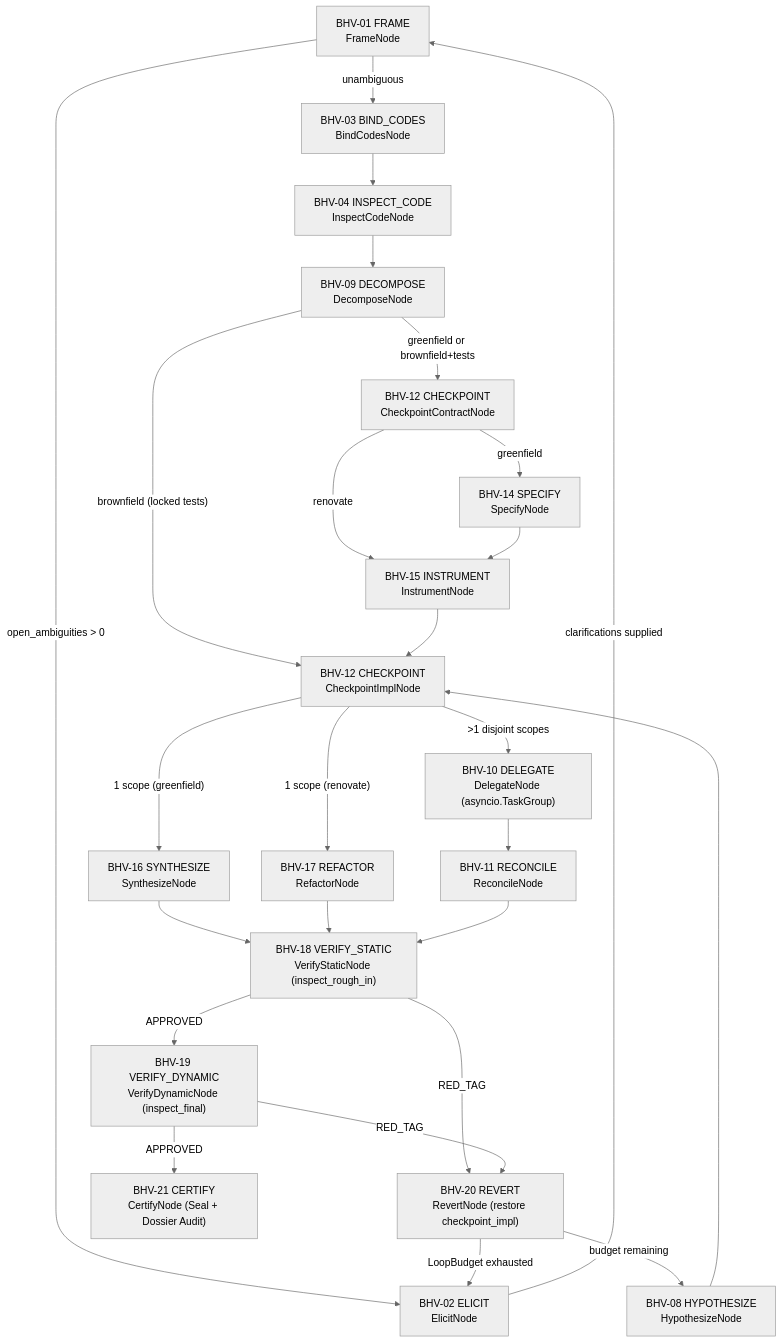
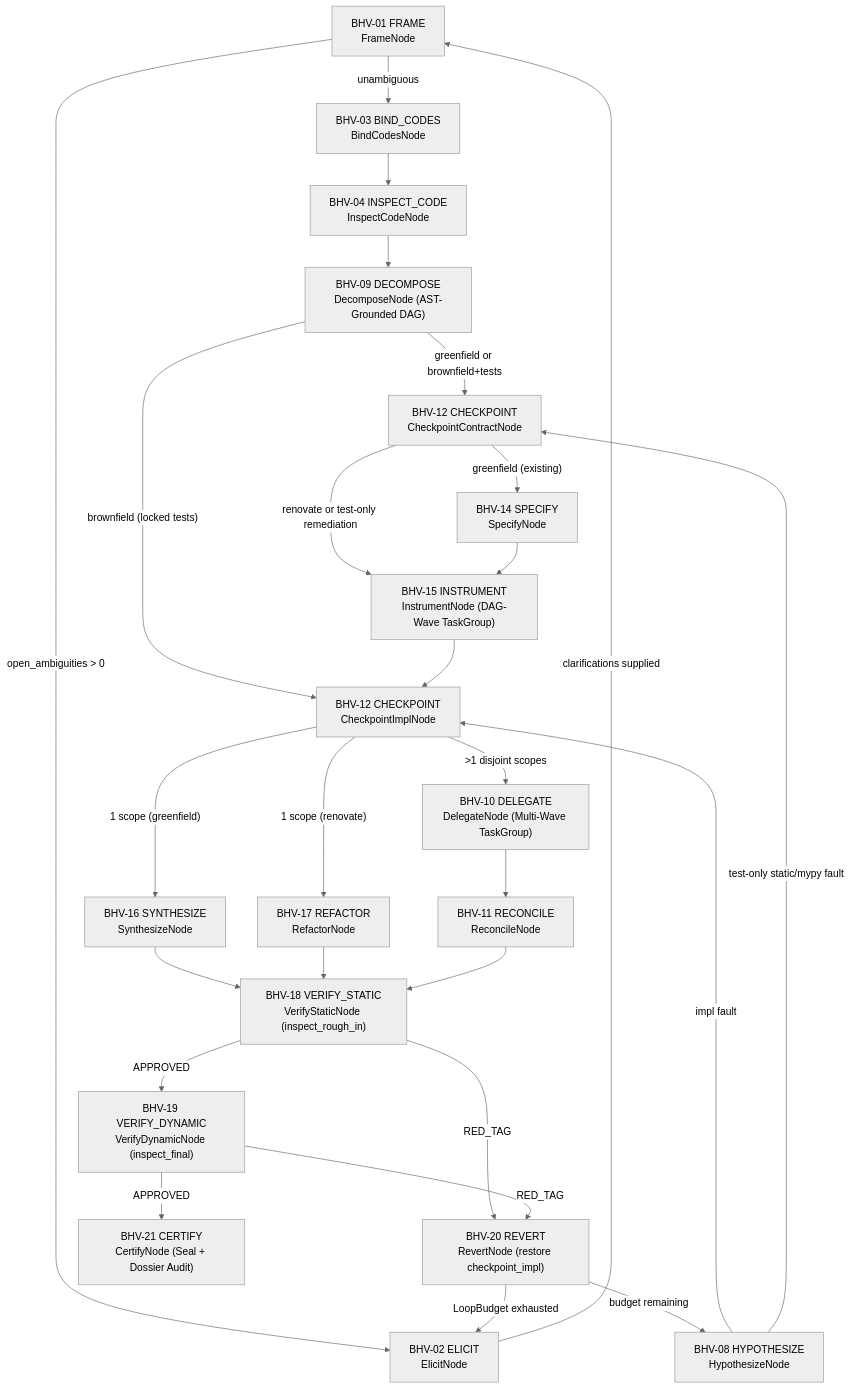
Before and after one commit to futileandstupid/jezz: the second of 2 diagrams in docs/pillar-4-pydantic-ai-runtime.md, drawn with Mermaid (neutral theme). The commit also changed other lines of this file and 25 other files, not shown here.

````diff
--- a/docs/pillar-4-pydantic-ai-runtime.md
+++ b/docs/pillar-4-pydantic-ai-runtime.md
@@ -64,28 +67,29 @@
 ```mermaid
 flowchart TD
     Frame["BHV-01 FRAME\nFrameNode"] -->|"open_ambiguities > 0"| Elicit["BHV-02 ELICIT\nElicitNode"]
     Elicit -->|"clarifications supplied"| Frame
     Frame -->|"unambiguous"| Bind["BHV-03 BIND_CODES\nBindCodesNode"]
     Bind --> Inspect["BHV-04 INSPECT_CODE\nInspectCodeNode"]
-    Inspect --> Decompose["BHV-09 DECOMPOSE\nDecomposeNode"]
+    Inspect --> Decompose["BHV-09 DECOMPOSE\nDecomposeNode (AST-Grounded DAG)"]
     Decompose -->|"greenfield or brownfield+tests"| CkptC["BHV-12 CHECKPOINT\nCheckpointContractNode"]
     Decompose -->|"brownfield (locked tests)"| CkptI["BHV-12 CHECKPOINT\nCheckpointImplNode"]
-    CkptC -->|"greenfield"| Specify["BHV-14 SPECIFY\nSpecifyNode"]
-    CkptC -->|"renovate"| Instrument["BHV-15 INSTRUMENT\nInstrumentNode"]
+    CkptC -->|"greenfield (existing)"| Specify["BHV-14 SPECIFY\nSpecifyNode"]
+    CkptC -->|"renovate or test-only remediation"| Instrument["BHV-15 INSTRUMENT\nInstrumentNode (DAG-Wave TaskGroup)"]
     Specify --> Instrument
     Instrument --> CkptI
     CkptI -->|"1 scope (greenfield)"| Synth["BHV-16 SYNTHESIZE\nSynthesizeNode"]
     CkptI -->|"1 scope (renovate)"| Refactor["BHV-17 REFACTOR\nRefactorNode"]
-    CkptI -->|">1 disjoint scopes"| Delegate["BHV-10 DELEGATE\nDelegateNode (asyncio.TaskGroup)"]
+    CkptI -->|">1 disjoint scopes"| Delegate["BHV-10 DELEGATE\nDelegateNode (Multi-Wave TaskGroup)"]
     Delegate --> Reconcile["BHV-11 RECONCILE\nReconcileNode"]
     Synth --> VStatic["BHV-18 VERIFY_STATIC\nVerifyStaticNode (inspect_rough_in)"]
     Refactor --> VStatic
     Reconcile --> VStatic
     VStatic -->|"APPROVED"| VDyn["BHV-19 VERIFY_DYNAMIC\nVerifyDynamicNode (inspect_final)"]
     VStatic -->|"RED_TAG"| Revert["BHV-20 REVERT\nRevertNode (restore checkpoint_impl)"]
     VDyn -->|"APPROVED"| Certify["BHV-21 CERTIFY\nCertifyNode (Seal + Dossier Audit)"]
     VDyn -->|"RED_TAG"| Revert
     Revert -->|"budget remaining"| Hyp["BHV-08 HYPOTHESIZE\nHypothesizeNode"]
     Revert -->|"LoopBudget exhausted"| Elicit
-    Hyp --> CkptI
+    Hyp -->|"impl fault"| CkptI
+    Hyp -->|"test-only static/mypy fault"| CkptC
 ```
````
